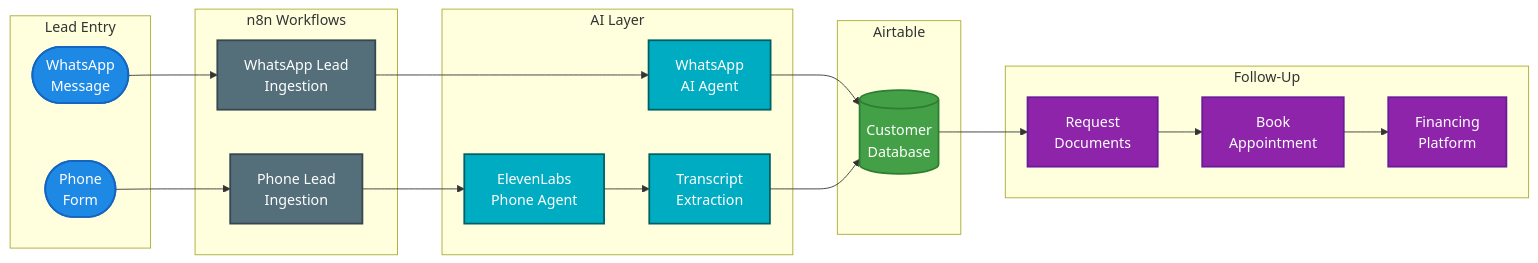
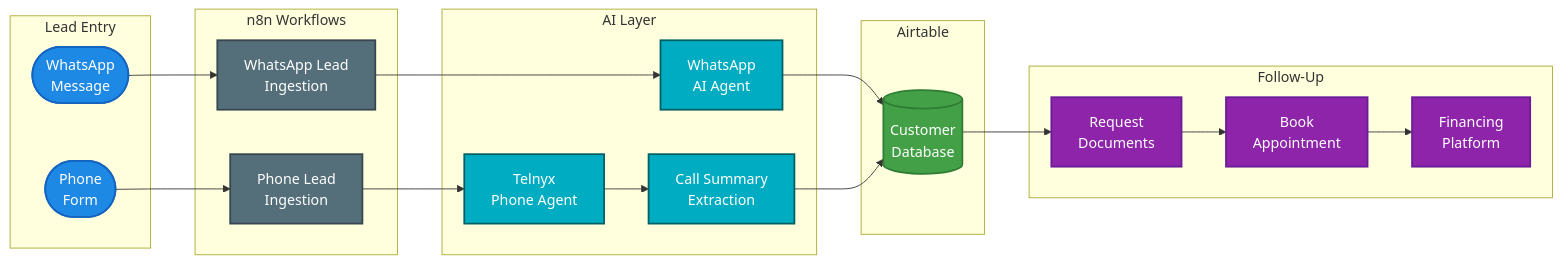
One commit to kameni-immo/kameni-n8n-automation changed the second of 9 diagrams in README.md. Above: the diagram before and after it, drawn with Mermaid. The commit also changed other lines of this file, not shown here.

First line of the commit message:
docs(KAN-37): update README to replace ElevenLabs references with Telnyx

````diff
--- a/README.md
+++ b/README.md
@@ -220,38 +220,38 @@
 ```mermaid
 flowchart LR
     classDef customer  fill:#1E88E5,color:#fff,stroke:#1565C0,stroke-width:2px
     classDef workflow  fill:#546E7A,color:#fff,stroke:#37474F,stroke-width:2px
     classDef ai        fill:#00ACC1,color:#fff,stroke:#006064,stroke-width:2px
     classDef storage   fill:#43A047,color:#fff,stroke:#2E7D32,stroke-width:2px
     classDef followup  fill:#8E24AA,color:#fff,stroke:#6A1B9A,stroke-width:2px
 
     subgraph IN ["  Lead Entry  "]
         WA(["WhatsApp<br/>Message"]):::customer
         PH(["Phone<br/>Form"]):::customer
     end
 
     subgraph N8N ["  n8n Workflows  "]
         WF["WhatsApp Lead<br/>Ingestion"]:::workflow
         PHF["Phone Lead<br/>Ingestion"]:::workflow
     end
 
     subgraph AIL ["  AI Layer  "]
         WAI["WhatsApp<br/>AI Agent"]:::ai
-        EL["ElevenLabs<br/>Phone Agent"]:::ai
-        EXT["Transcript<br/>Extraction"]:::ai
+        EL["Telnyx<br/>Phone Agent"]:::ai
+        EXT["Call Summary<br/>Extraction"]:::ai
     end
 
     subgraph DB ["  Airtable  "]
         AT[("Customer<br/>Database")]:::storage
     end
 
     subgraph FOLLOW ["  Follow-Up  "]
         DOC["Request<br/>Documents"]:::followup
         APT["Book<br/>Appointment"]:::followup
         FIN["Financing<br/>Platform"]:::followup
     end
 
     WA --> WF --> WAI --> AT
     PH --> PHF --> EL --> EXT --> AT
     AT --> DOC --> APT --> FIN
 ```
````
